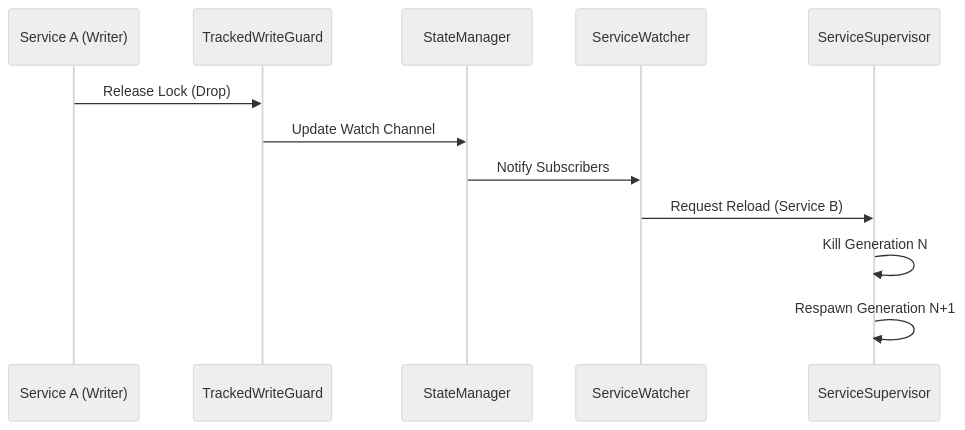
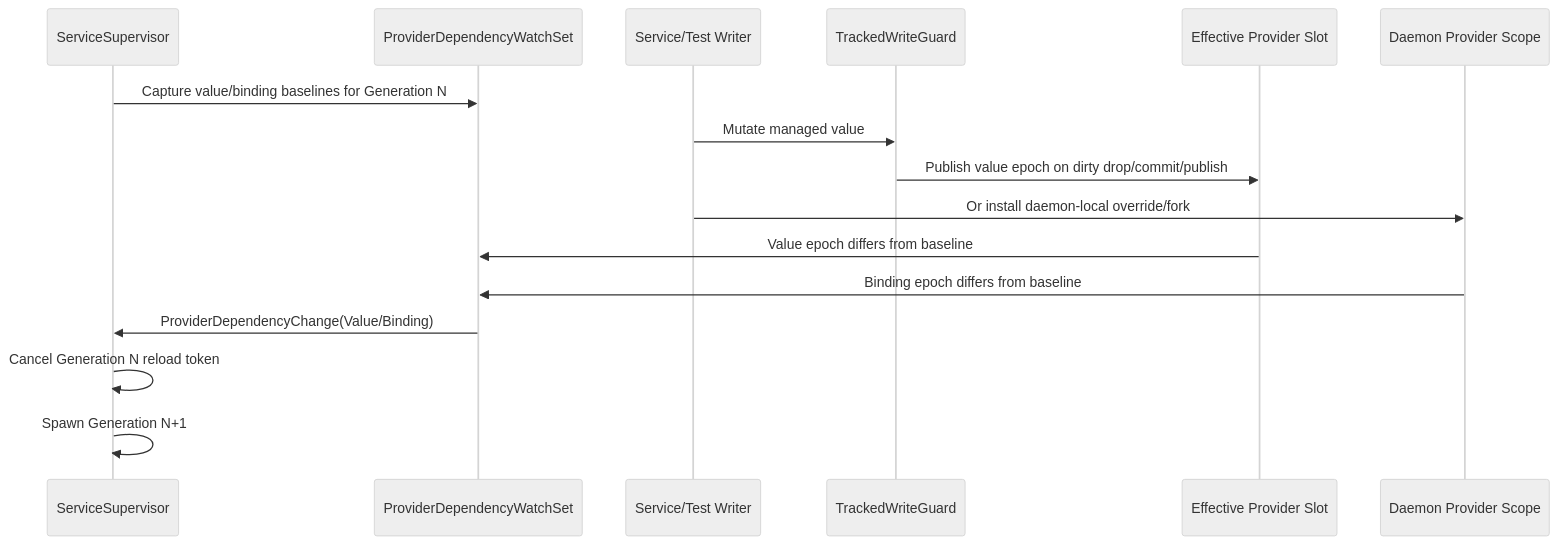
One commit to loft-games/service-daemon-rs changed the diagram in docs/architecture/lifecycle-management.md. Above: the diagram before and after it, drawn with Mermaid (neutral theme). The commit also changed other lines of this file and 288 other files, not shown here.

````diff
--- a/docs/architecture/lifecycle-management.md
+++ b/docs/architecture/lifecycle-management.md
@@ -26,15 +46,19 @@
 ```mermaid
 sequenceDiagram
-    participant Writer as Service A (Writer)
+    participant Super as ServiceSupervisor
+    participant WatchSet as ProviderDependencyWatchSet
+    participant Writer as Service/Test Writer
     participant Guard as TrackedWriteGuard
-    participant Mgr as StateManager
-    participant Watcher as ServiceWatcher
-    participant Super as ServiceSupervisor
-    
-    Writer->>Guard: Release Lock (Drop)
-    Guard->>Mgr: Update Watch Channel
-    Mgr->>Watcher: Notify Subscribers
-    Watcher->>Super: Request Reload (Service B)
-    Super->>Super: Kill Generation N
-    Super->>Super: Respawn Generation N+1
+    participant Slot as Effective Provider Slot
+    participant Scope as Daemon Provider Scope
+
+    Super->>WatchSet: Capture value/binding baselines for Generation N
+    Writer->>Guard: Mutate managed value
+    Guard->>Slot: Publish value epoch on dirty drop/commit/publish
+    Writer->>Scope: Or install daemon-local override/fork
+    Slot->>WatchSet: Value epoch differs from baseline
+    Scope->>WatchSet: Binding epoch differs from baseline
+    WatchSet->>Super: ProviderDependencyChange(Value/Binding)
+    Super->>Super: Cancel Generation N reload token
+    Super->>Super: Spawn Generation N+1
 ```
````
